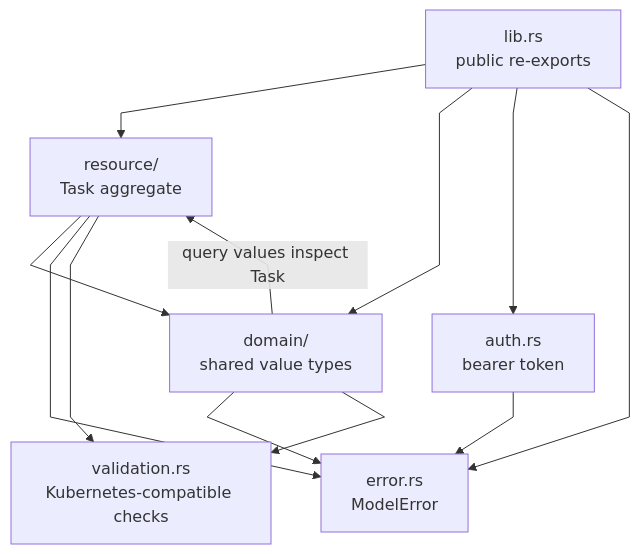
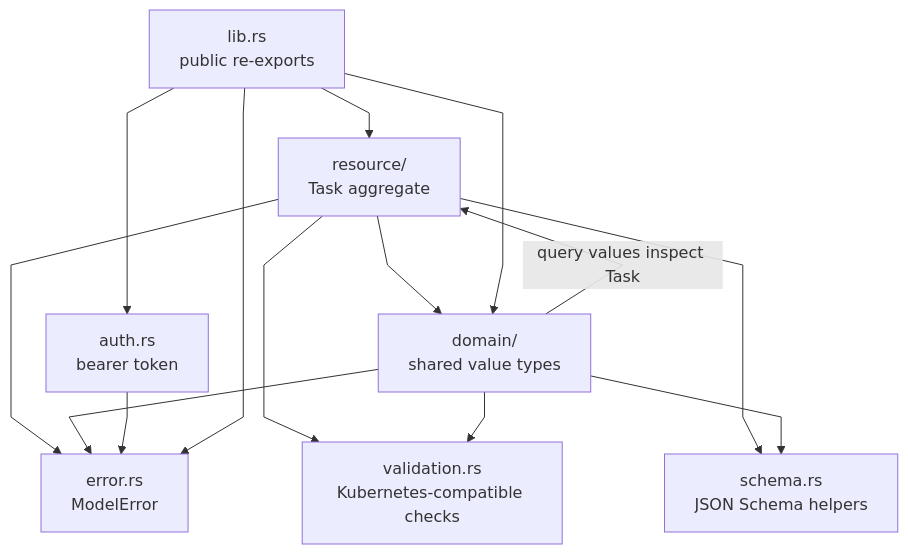
The first of 9 diagrams in crates/solti-model/ARCHITECTURE.md (soltiHQ/sdk), drawn with Mermaid before and after one commit. The commit also changed other lines of this file and 34 other files, not shown here.

````diff
--- a/crates/solti-model/ARCHITECTURE.md
+++ b/crates/solti-model/ARCHITECTURE.md
@@ -13,23 +13,26 @@
 ```mermaid
 %%{init: {"flowchart": {"curve": "linear"}}}%%
 flowchart TB
     Public["lib.rs<br/>public re-exports"]
     Resource["resource/<br/>Task aggregate"]
     Domain["domain/<br/>shared value types"]
     Auth["auth.rs<br/>bearer token"]
     Error["error.rs<br/>ModelError"]
+    Schema["schema.rs<br/>JSON Schema helpers"]
     Validation["validation.rs<br/>Kubernetes-compatible checks"]
 
     Resource --> Domain
     Domain -->|query values inspect Task| Resource
     Resource --> Error
     Resource --> Validation
     Domain --> Error
     Domain --> Validation
+    Resource --> Schema
+    Domain --> Schema
     Auth --> Error
 
     Public --> Resource
     Public --> Domain
     Public --> Auth
     Public --> Error
 ```
````
